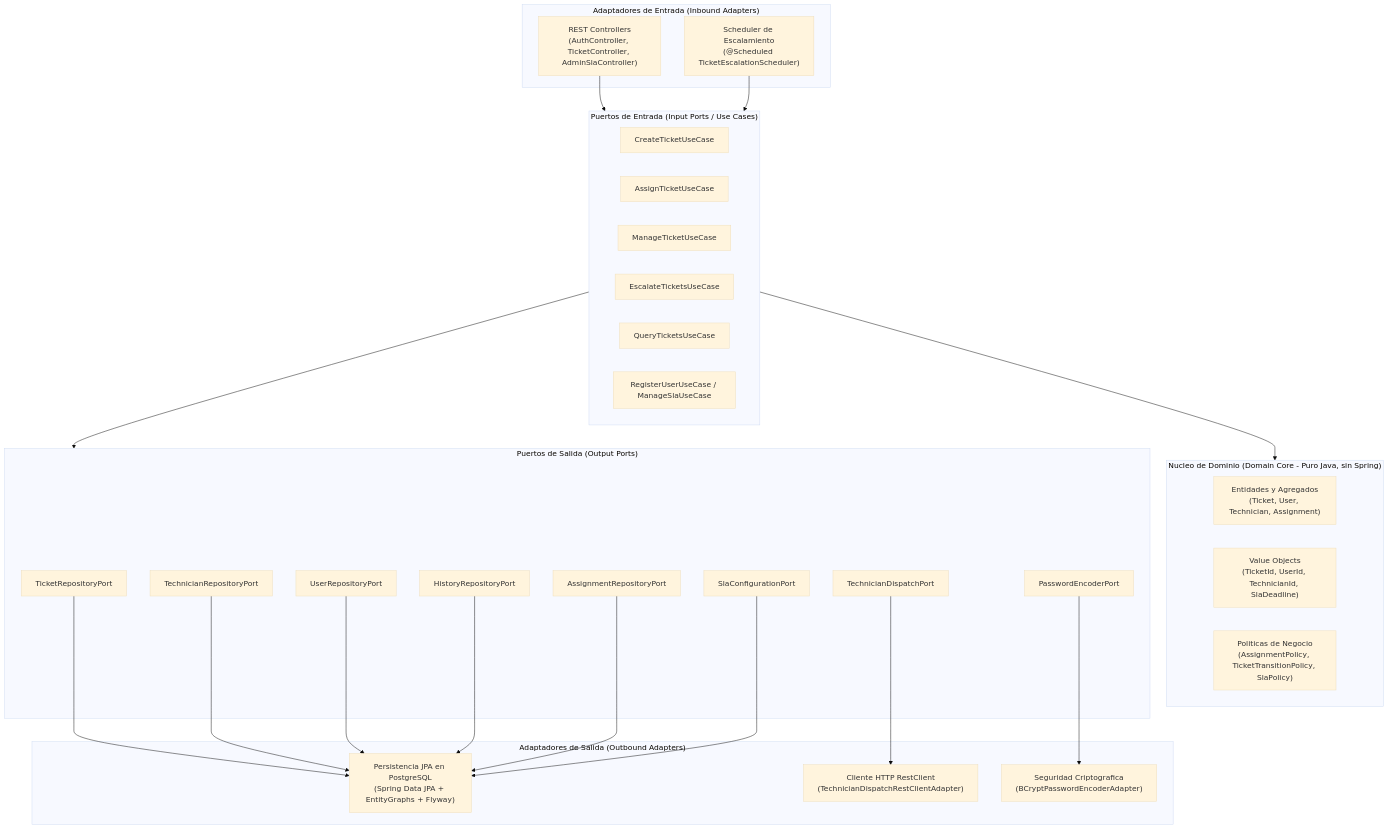
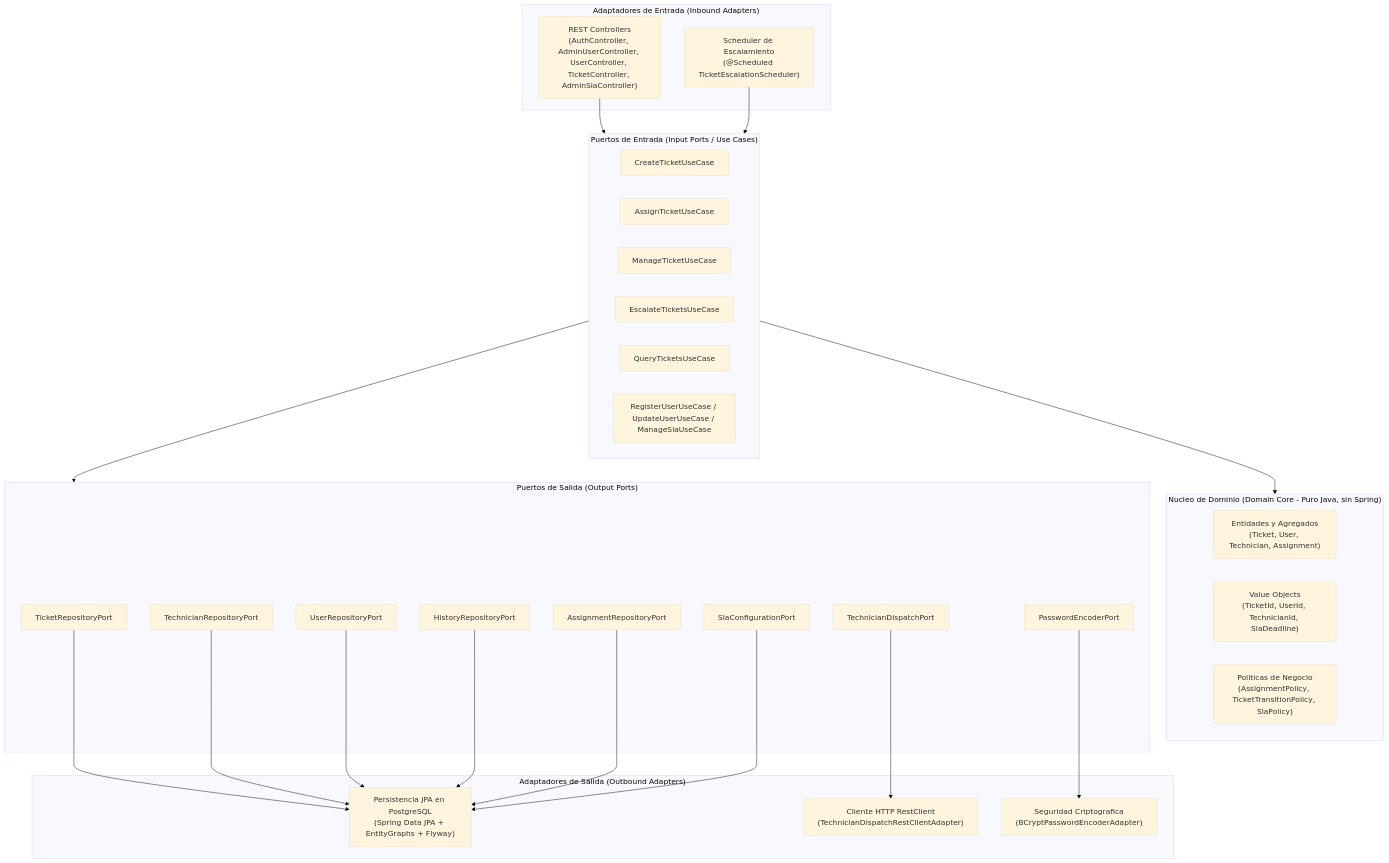
Before and after one commit to JuanGale-20/HelpFlow: the first of 3 diagrams in README.md, drawn with Mermaid (base theme). The commit also changed other lines of this file and 41 other files, not shown here.

````diff
--- a/README.md
+++ b/README.md
@@ -21,52 +24,52 @@
 ```mermaid
 flowchart TD
     subgraph AdaptadoresEntrada["Adaptadores de Entrada (Inbound Adapters)"]
-        REST["REST Controllers<br/>(AuthController, TicketController, AdminSlaController)"]
+        REST["REST Controllers<br/>(AuthController, AdminUserController, UserController, TicketController, AdminSlaController)"]
         CRON["Scheduler de Escalamiento<br/>(@Scheduled TicketEscalationScheduler)"]
     end
 
     subgraph PuertosEntrada["Puertos de Entrada (Input Ports / Use Cases)"]
         CreateUC["CreateTicketUseCase"]
         AssignUC["AssignTicketUseCase"]
         ManageUC["ManageTicketUseCase"]
         EscalateUC["EscalateTicketsUseCase"]
         QueryUC["QueryTicketsUseCase"]
-        AuthUC["RegisterUserUseCase / ManageSlaUseCase"]
+        AuthUC["RegisterUserUseCase / UpdateUserUseCase / ManageSlaUseCase"]
     end
 
     subgraph DominioPuro["Nucleo de Dominio (Domain Core - Puro Java, sin Spring)"]
         Entities["Entidades y Agregados<br/>(Ticket, User, Technician, Assignment)"]
         VO["Value Objects<br/>(TicketId, UserId, TechnicianId, SlaDeadline)"]
         Policies["Politicas de Negocio<br/>(AssignmentPolicy, TicketTransitionPolicy, SlaPolicy)"]
     end
 
     subgraph PuertosSalida["Puertos de Salida (Output Ports)"]
         TicketRepoPort["TicketRepositoryPort"]
         TechRepoPort["TechnicianRepositoryPort"]
         UserRepoPort["UserRepositoryPort"]
         HistoryRepoPort["HistoryRepositoryPort"]
         AssignRepoPort["AssignmentRepositoryPort"]
         SlaPort["SlaConfigurationPort"]
         DispatchPort["TechnicianDispatchPort"]
         PassPort["PasswordEncoderPort"]
     end
 
     subgraph AdaptadoresSalida["Adaptadores de Salida (Outbound Adapters)"]
         JPA["Persistencia JPA en PostgreSQL<br/>(Spring Data JPA + EntityGraphs + Flyway)"]
         RestClient["Cliente HTTP RestClient<br/>(TechnicianDispatchRestClientAdapter)"]
         Security["Seguridad Criptografica<br/>(BCryptPasswordEncoderAdapter)"]
     end
 
     REST --> PuertosEntrada
     CRON --> PuertosEntrada
     PuertosEntrada --> DominioPuro
     PuertosEntrada --> PuertosSalida
     TicketRepoPort --> JPA
     TechRepoPort --> JPA
     UserRepoPort --> JPA
     HistoryRepoPort --> JPA
     AssignRepoPort --> JPA
     SlaPort --> JPA
     DispatchPort --> RestClient
     PassPort --> Security
 ```
````
